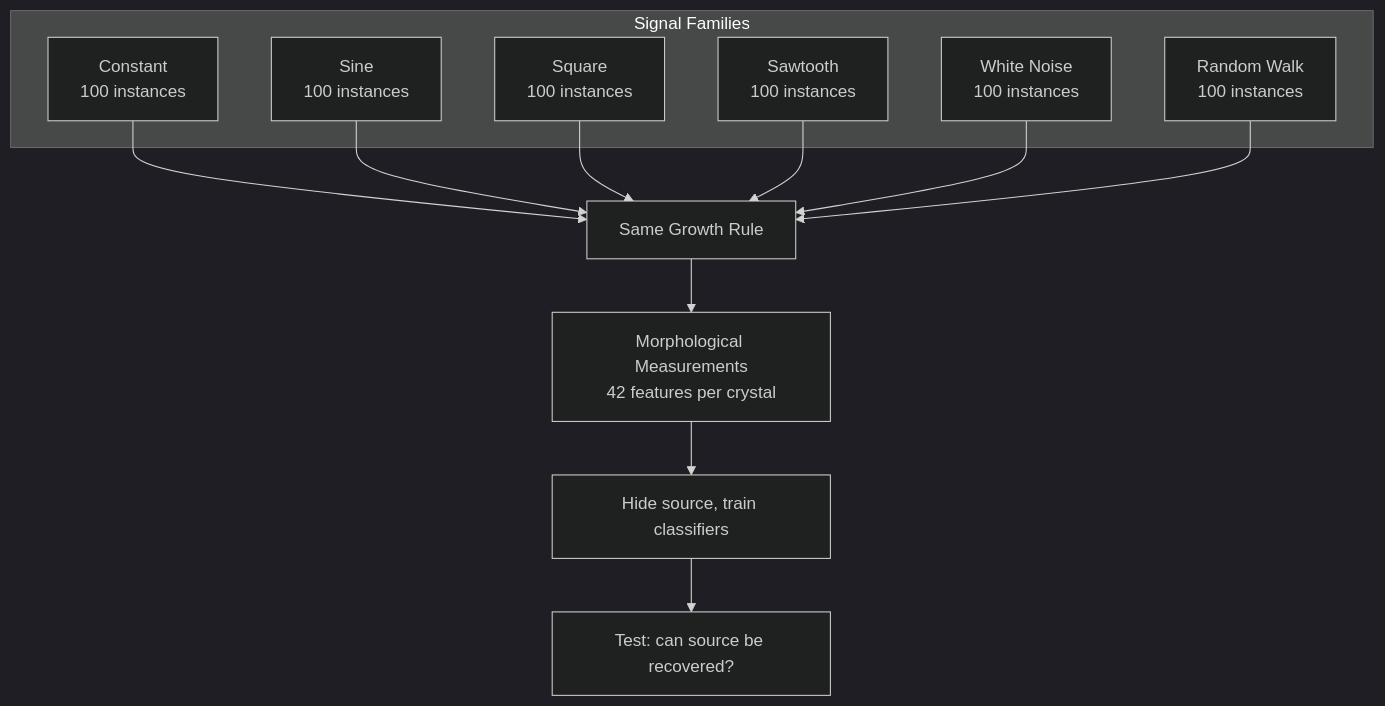
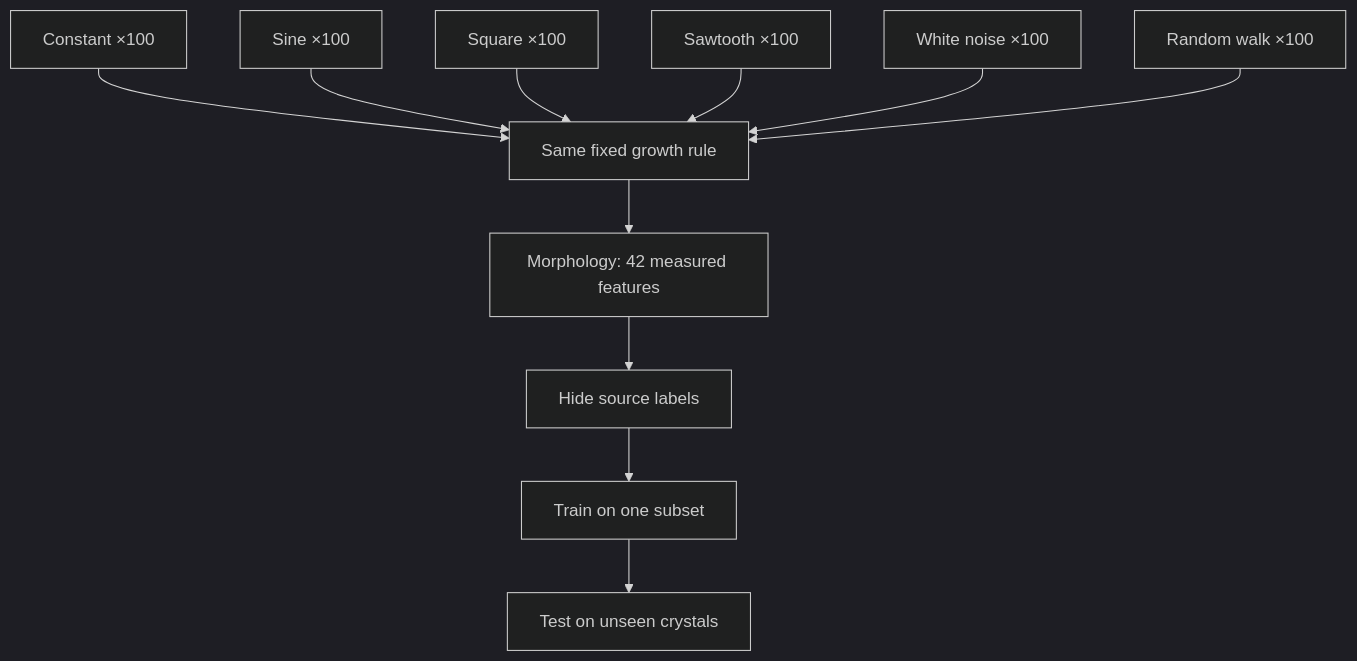
The second of 5 diagrams in content/books/digital-life/14-the-digital-crystal/index.md (ernanhughes/Digital-Life), drawn with Mermaid (dark theme) before and after one commit. The commit also changed other lines of this file, not shown here.

````diff
--- a/content/books/digital-life/14-the-digital-crystal/index.md
+++ b/content/books/digital-life/14-the-digital-crystal/index.md
@@ -310,15 +537,13 @@
 ```mermaid
 flowchart TD
-    subgraph Signal Families
-    S1[Constant<br/>100 instances]
-    S2[Sine<br/>100 instances]
-    S3[Square<br/>100 instances]
-    S4[Sawtooth<br/>100 instances]
-    S5[White Noise<br/>100 instances]
-    S6[Random Walk<br/>100 instances]
-    end
-    S1 & S2 & S3 & S4 & S5 & S6 --> G[Same Growth Rule]
-    G --> M[Morphological Measurements<br/>42 features per crystal]
-    M --> C[Hide source, train classifiers]
-    C --> R[Test: can source be recovered?]
+    S1["Constant ×100"] --> G["Same fixed growth rule"]
+    S2["Sine ×100"] --> G
+    S3["Square ×100"] --> G
+    S4["Sawtooth ×100"] --> G
+    S5["White noise ×100"] --> G
+    S6["Random walk ×100"] --> G
+    G --> M["Morphology: 42 measured features"]
+    M --> H["Hide source labels"]
+    H --> C["Train on one subset"]
+    C --> T["Test on unseen crystals"]
 ```
````
